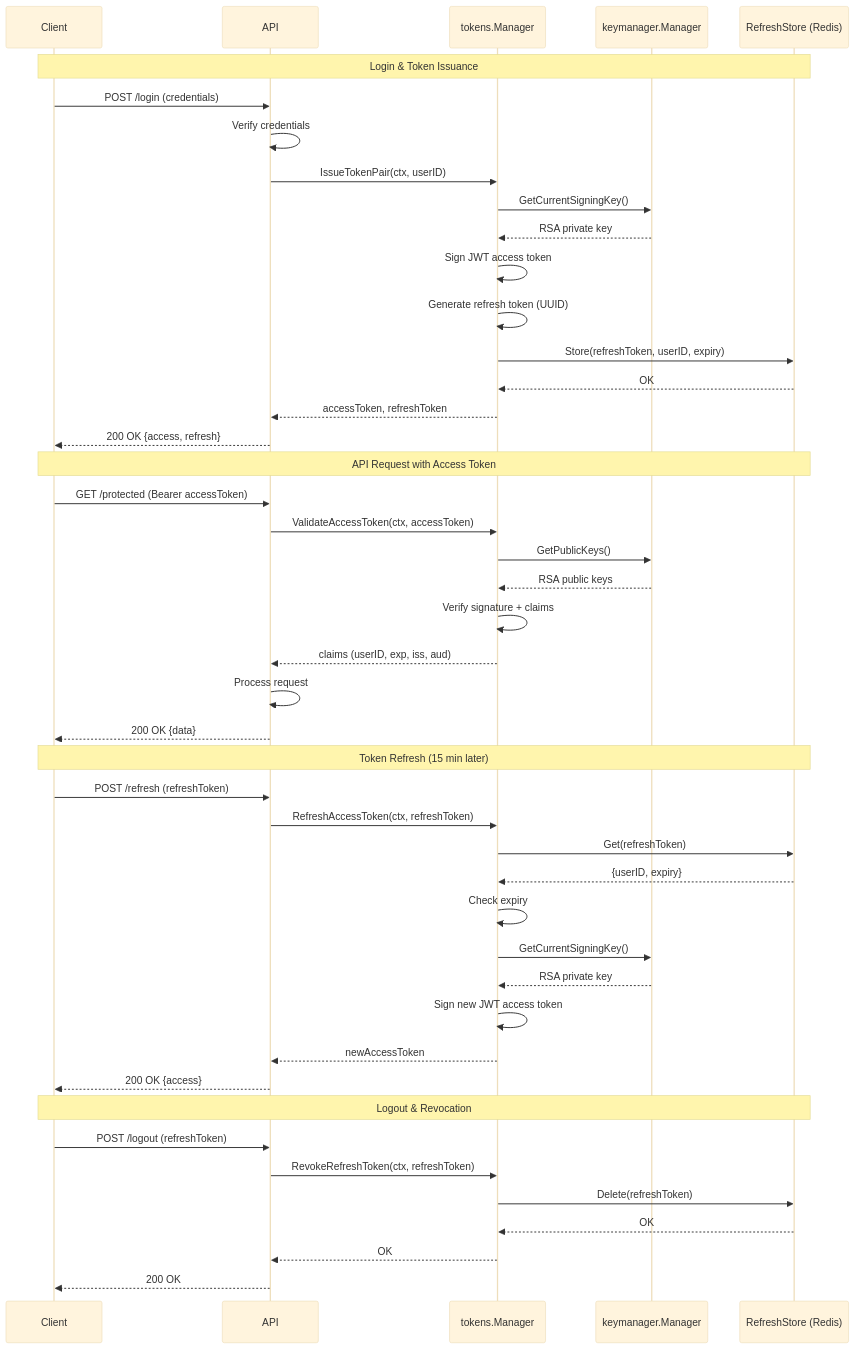
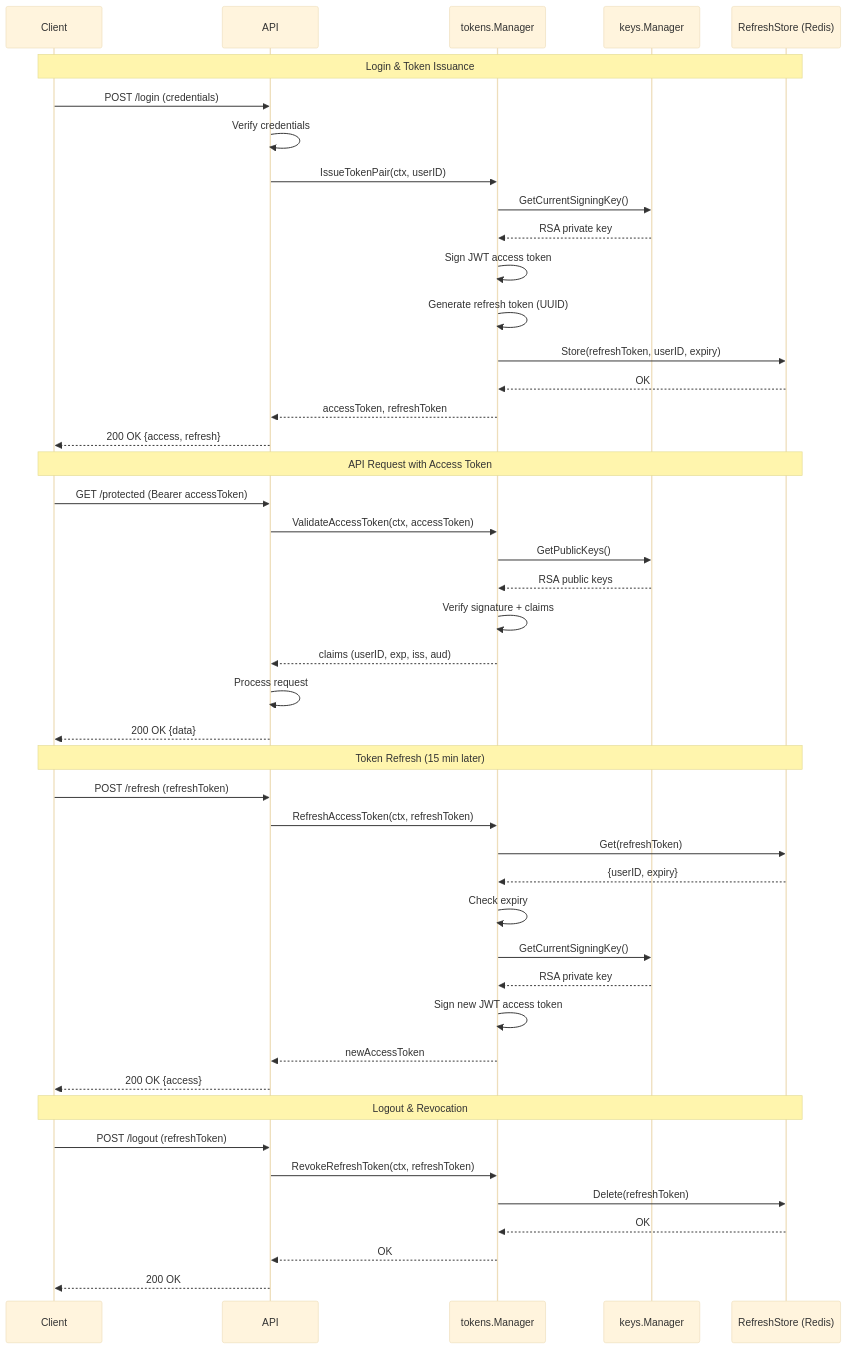
One commit to aetomala/jwtauth changed the third of 3 diagrams in README.md. Above: the diagram before and after it, drawn with Mermaid (base theme). The commit also changed other lines of this file and 11 other files, not shown here.

First line of the commit message:
docs(keys): update all markdown references from pkg/keymanager to pkg/keys (#89)

````diff
--- a/README.md
+++ b/README.md
@@ -654,55 +654,55 @@
 ```mermaid
 sequenceDiagram
     participant Client
     participant API
     participant Manager as tokens.Manager
-    participant KeyMgr as keymanager.Manager
+    participant KeyMgr as keys.Manager
     participant Redis as RefreshStore (Redis)
 
     Note over Client,Redis: Login & Token Issuance
     
     Client->>API: POST /login (credentials)
     API->>API: Verify credentials
     API->>Manager: IssueTokenPair(ctx, userID)
     Manager->>KeyMgr: GetCurrentSigningKey()
     KeyMgr-->>Manager: RSA private key
     Manager->>Manager: Sign JWT access token
     Manager->>Manager: Generate refresh token (UUID)
     Manager->>Redis: Store(refreshToken, userID, expiry)
     Redis-->>Manager: OK
     Manager-->>API: accessToken, refreshToken
     API-->>Client: 200 OK {access, refresh}
 
     Note over Client,Redis: API Request with Access Token
     
     Client->>API: GET /protected (Bearer accessToken)
     API->>Manager: ValidateAccessToken(ctx, accessToken)
     Manager->>KeyMgr: GetPublicKeys()
     KeyMgr-->>Manager: RSA public keys
     Manager->>Manager: Verify signature + claims
     Manager-->>API: claims (userID, exp, iss, aud)
     API->>API: Process request
     API-->>Client: 200 OK {data}
 
     Note over Client,Redis: Token Refresh (15 min later)
     
     Client->>API: POST /refresh (refreshToken)
     API->>Manager: RefreshAccessToken(ctx, refreshToken)
     Manager->>Redis: Get(refreshToken)
     Redis-->>Manager: {userID, expiry}
     Manager->>Manager: Check expiry
     Manager->>KeyMgr: GetCurrentSigningKey()
     KeyMgr-->>Manager: RSA private key
     Manager->>Manager: Sign new JWT access token
     Manager-->>API: newAccessToken
     API-->>Client: 200 OK {access}
 
     Note over Client,Redis: Logout & Revocation
     
     Client->>API: POST /logout (refreshToken)
     API->>Manager: RevokeRefreshToken(ctx, refreshToken)
     Manager->>Redis: Delete(refreshToken)
     Redis-->>Manager: OK
     Manager-->>API: OK
     API-->>Client: 200 OK
 ```
````
